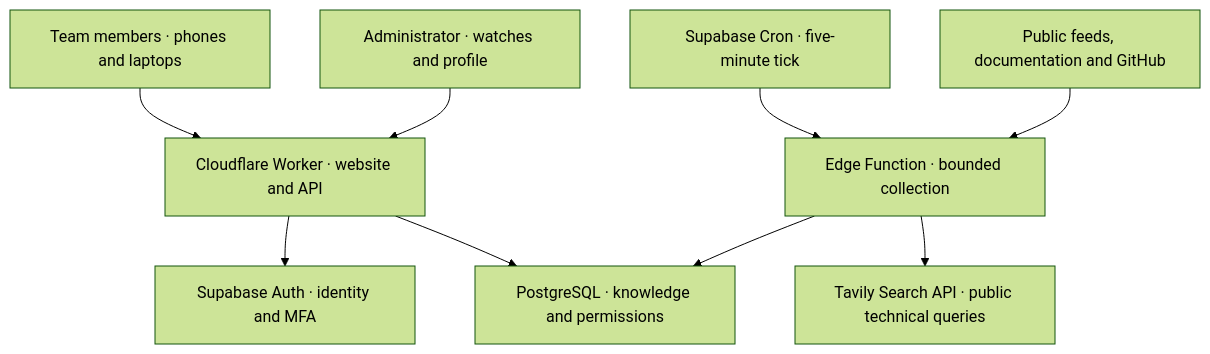
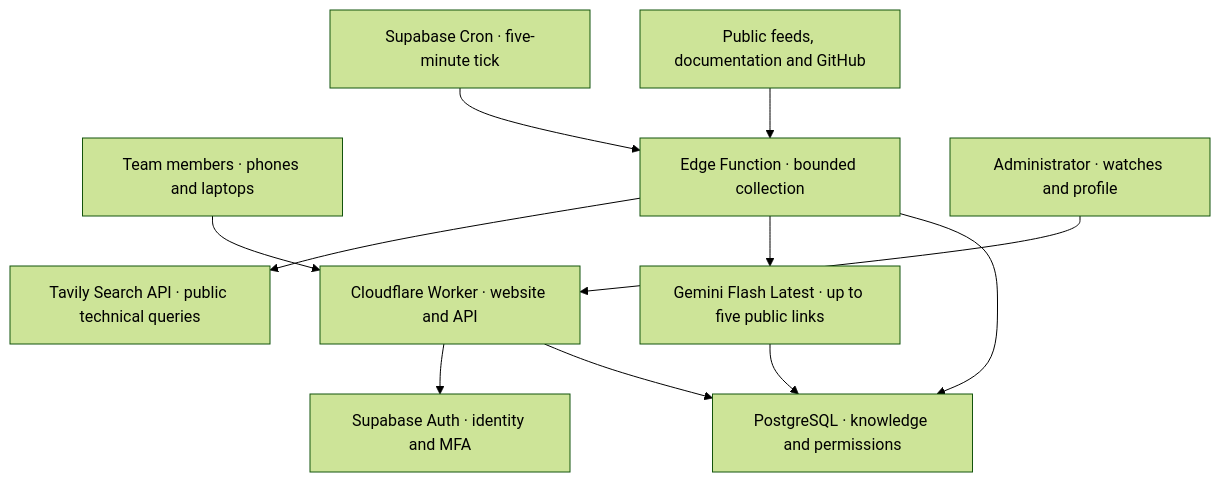
The first of 2 diagrams in README.md (Idoheled/StackSignal), drawn with Mermaid (forest theme) before and after one commit. The commit also changed other lines of this file and 18 other files, not shown here.

````diff
--- a/README.md
+++ b/README.md
@@ -67,11 +67,13 @@
 ```mermaid
 flowchart TD
   Team["Team members · phones and laptops"] --> Web["Cloudflare Worker · website and API"]
   Web --> Auth["Supabase Auth · identity and MFA"]
   Web --> Data["PostgreSQL · knowledge and permissions"]
   Schedule["Supabase Cron · five-minute tick"] --> Collector["Edge Function · bounded collection"]
   Public["Public feeds, documentation and GitHub"] --> Collector
   Collector --> Search["Tavily Search API · public technical queries"]
+  Collector --> Review["Gemini Flash Latest · up to five public links"]
+  Review --> Data
   Collector --> Data
   Admin["Administrator · watches and profile"] --> Web
 ```
````
